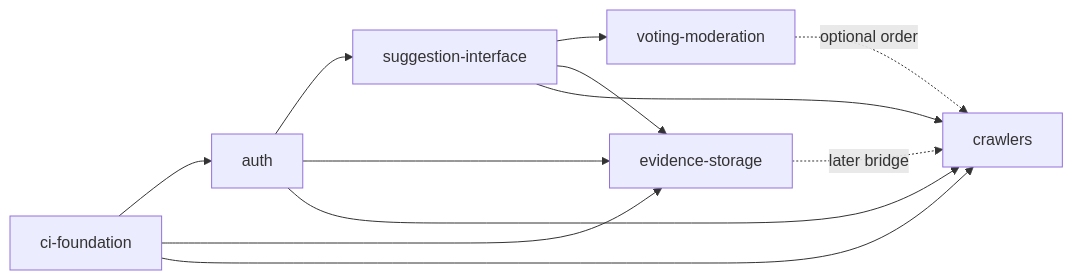
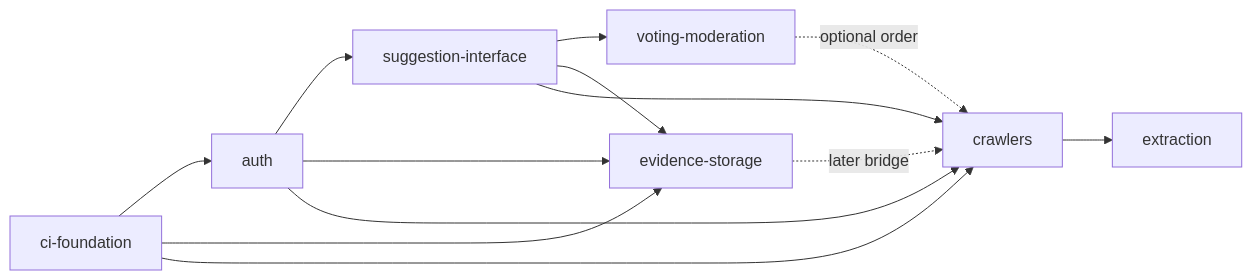
The diagram in .plans/README.md (vadim-schultz/redtape), drawn with Mermaid before and after one commit. The commit also changed other lines of this file and 19 other files, not shown here.

````diff
--- a/.plans/README.md
+++ b/.plans/README.md
@@ -92,14 +92,15 @@
 ```mermaid
 flowchart LR
   CI[ci-foundation] --> AU[auth]
   AU --> SI[suggestion-interface]
   SI --> VM[voting-moderation]
   CI --> ES[evidence-storage]
   AU --> ES
   SI --> ES
   CI --> CR[crawlers]
   SI --> CR
   AU --> CR
   VM -.optional order.-> CR
   ES -.later bridge.-> CR
+  CR --> EX[extraction]
 ```
````
